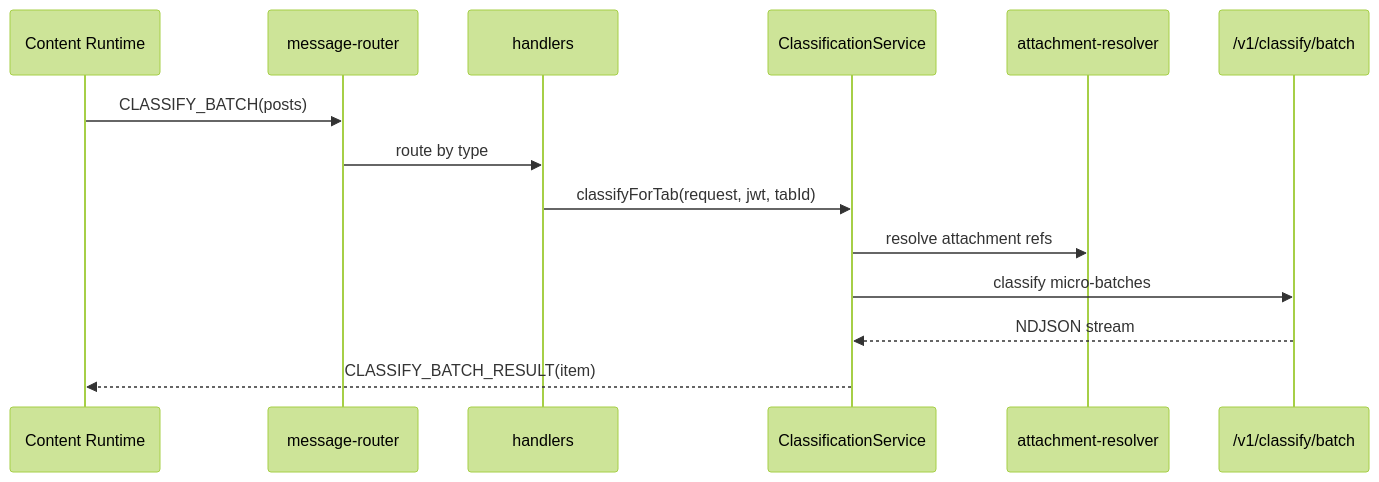
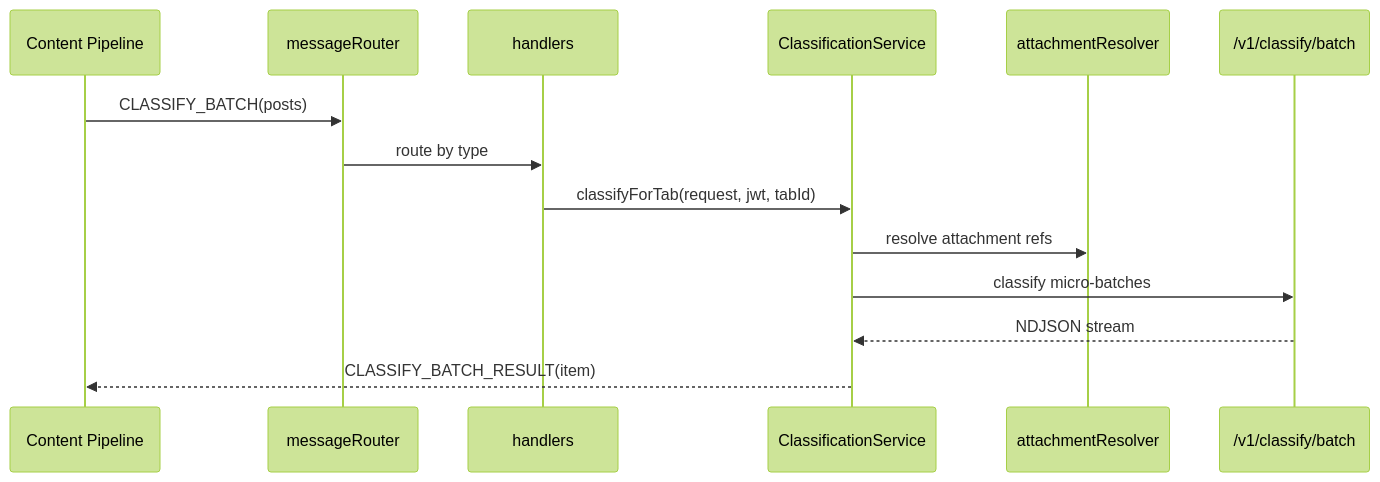
Before and after one commit to sapountzis/Unslop: the second of 2 diagrams in extension/AGENTS.md, drawn with Mermaid (forest theme). The commit also changed other lines of this file and 10 other files, not shown here.

````diff
--- a/extension/AGENTS.md
+++ b/extension/AGENTS.md
@@ -52,17 +50,17 @@
 ```mermaid
 sequenceDiagram
-  participant Content as Content Runtime
-  participant Router as message-router
+  participant Content as Content Pipeline
+  participant Router as messageRouter
   participant Handler as handlers
   participant Service as ClassificationService
-  participant Resolver as attachment-resolver
+  participant Resolver as attachmentResolver
   participant API as /v1/classify/batch
 
   Content->>Router: CLASSIFY_BATCH(posts)
   Router->>Handler: route by type
   Handler->>Service: classifyForTab(request, jwt, tabId)
   Service->>Resolver: resolve attachment refs
   Service->>API: classify micro-batches
   API-->>Service: NDJSON stream
   Service-->>Content: CLASSIFY_BATCH_RESULT(item)
 ```
````
